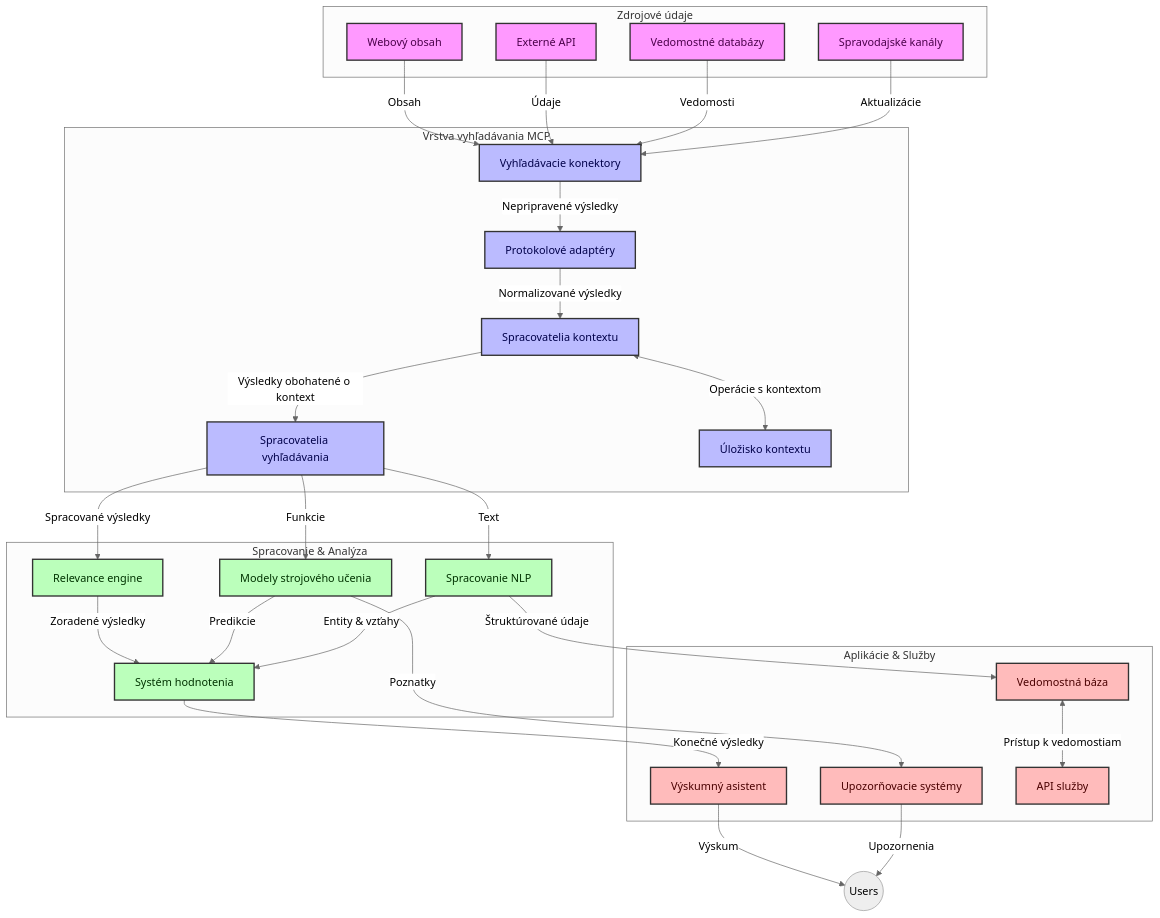
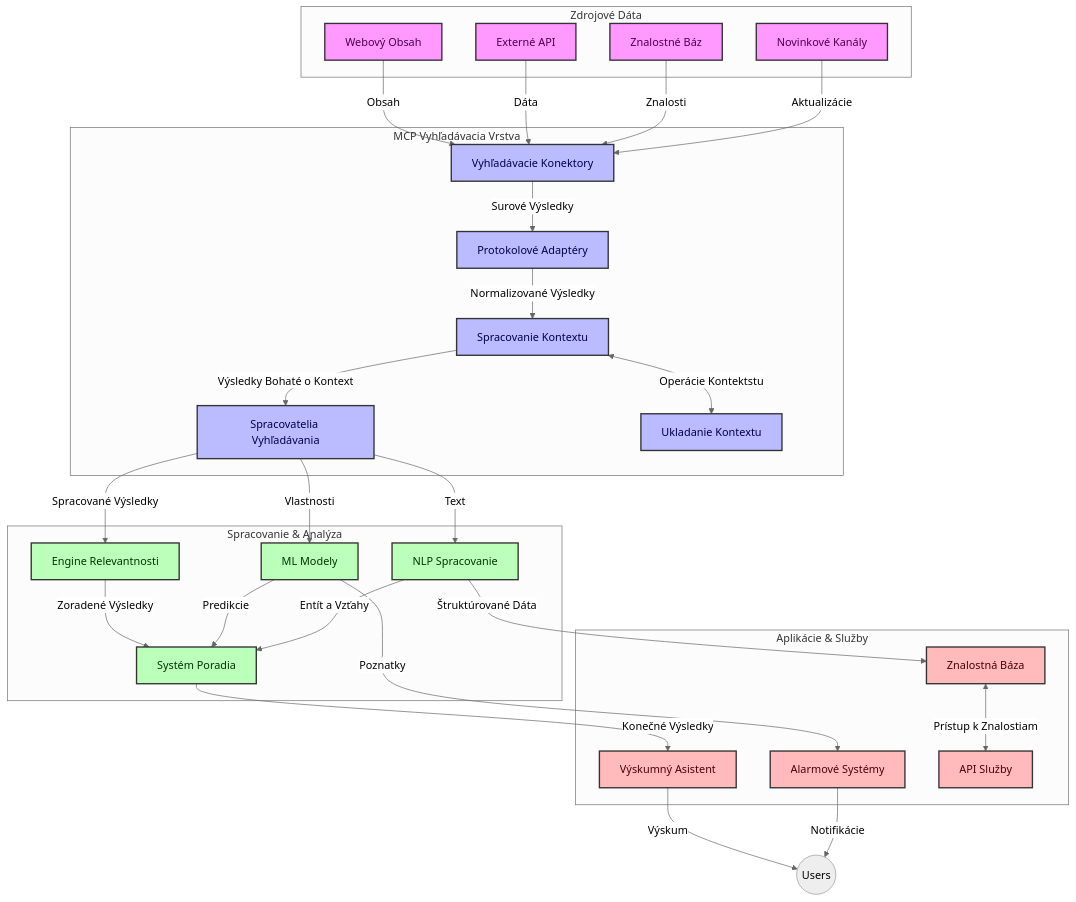
One commit to microsoft/mcp-for-beginners changed the first of 4 diagrams in translations/sk/05-AdvancedTopics/mcp-realtimesearch/README.md. Above: the diagram before and after it, drawn with Mermaid (neutral theme). The commit also changed other lines of this file and 145 other files, not shown here.

````diff
--- a/translations/sk/05-AdvancedTopics/mcp-realtimesearch/README.md
+++ b/translations/sk/05-AdvancedTopics/mcp-realtimesearch/README.md
@@ -109,66 +109,66 @@
 ```mermaid
 graph TD
-    subgraph "Zdrojové údaje"
-        Web[Webový obsah]
+    subgraph "Zdrojové Dáta"
+        Web[Webový Obsah]
         APIs[Externé API]
-        DB[Vedomostné databázy]
-        News[Spravodajské kanály]
+        DB[Znalostné Báz]
+        News[Novinkové Kanály]
     end
 
-    subgraph "Vrstva vyhľadávania MCP"
-        SC[Vyhľadávacie konektory]
-        PA[Protokolové adaptéry]
-        CH[Spracovatelia kontextu]
-        SP[Spracovatelia vyhľadávania]
-        CS[Úložisko kontextu]
+    subgraph "MCP Vyhľadávacia Vrstva"
+        SC[Vyhľadávacie Konektory]
+        PA[Protokolové Adaptéry]
+        CH[Spracovanie Kontextu]
+        SP[Spracovatelia Vyhľadávania]
+        CS[Ukladanie Kontextu]
     end
 
     subgraph "Spracovanie & Analýza"
-        RE[Relevance engine]
-        ML[Modely strojového učenia]
-        NLP[Spracovanie NLP]
-        Rank[Systém hodnotenia]
+        RE[Engine Relevantnosti]
+        ML[ML Modely]
+        NLP[NLP Spracovanie]
+        Rank[Systém Poradia]
     end
 
     subgraph "Aplikácie & Služby"
-        RA[Výskumný asistent]
-        Alerts[Upozorňovacie systémy]
-        KB[Vedomostná báza]
-        API[API služby]
+        RA[Výskumný Asistent]
+        Alerts[Alarmové Systémy]
+        KB[Znalostná Báza]
+        API[API Služby]
     end
 
     Web -->|Obsah| SC
-    APIs -->|Údaje| SC
-    DB -->|Vedomosti| SC
+    APIs -->|Dáta| SC
+    DB -->|Znalosti| SC
     News -->|Aktualizácie| SC
     
-    SC -->|Nepripravené výsledky| PA
-    PA -->|Normalizované výsledky| CH
-    CH <-->|Operácie s kontextom| CS
-    CH -->|Výsledky obohatené o kontext| SP
-    SP -->|Spracované výsledky| RE
-    SP -->|Funkcie| ML
+    SC -->|Surové Výsledky| PA
+    PA -->|Normalizované Výsledky| CH
+    CH <-->|Operácie Kontektstu| CS
+    CH -->|Výsledky Bohaté o Kontext| SP
+    SP -->|Spracované Výsledky| RE
+    SP -->|Vlastnosti| ML
     SP -->|Text| NLP
     
-    RE -->|Zoradené výsledky| Rank
+    RE -->|Zoradené Výsledky| Rank
     ML -->|Predikcie| Rank
-    NLP -->|Entity & vzťahy| Rank
+    NLP -->|Entít a Vzťahy| Rank
     
-    Rank -->|Konečné výsledky| RA
+    Rank -->|Konečné Výsledky| RA
     ML -->|Poznatky| Alerts
-    NLP -->|Štruktúrované údaje| KB
+    NLP -->|Štruktúrované Dáta| KB
     
     RA -->|Výskum| Users((Users))
-    Alerts -->|Upozornenia| Users
-    KB <-->|Prístup k vedomostiam| API
+    Alerts -->|Notifikácie| Users
+    KB <-->|Prístup k Znalostiam| API
 
     classDef sources fill:#f9f,stroke:#333,stroke-width:2px,color:#4a004a
     classDef mcp fill:#bbf,stroke:#333,stroke-width:2px,color:#00004a
     classDef processing fill:#bfb,stroke:#333,stroke-width:2px,color:#003300
     classDef apps fill:#fbb,stroke:#333,stroke-width:2px,color:#4a0000
     
     class Web,APIs,DB,News sources
     class SC,PA,CH,SP,CS mcp
     class RE,ML,NLP,Rank processing
     class RA,Alerts,KB,API apps
 ```
````
